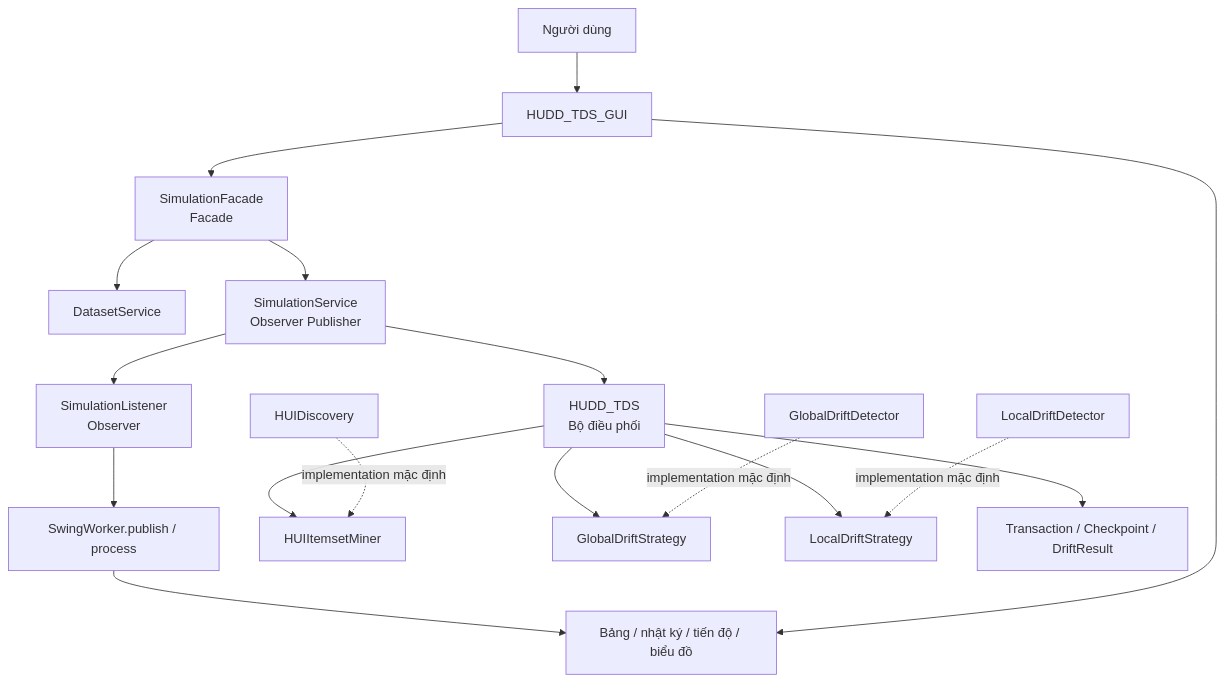
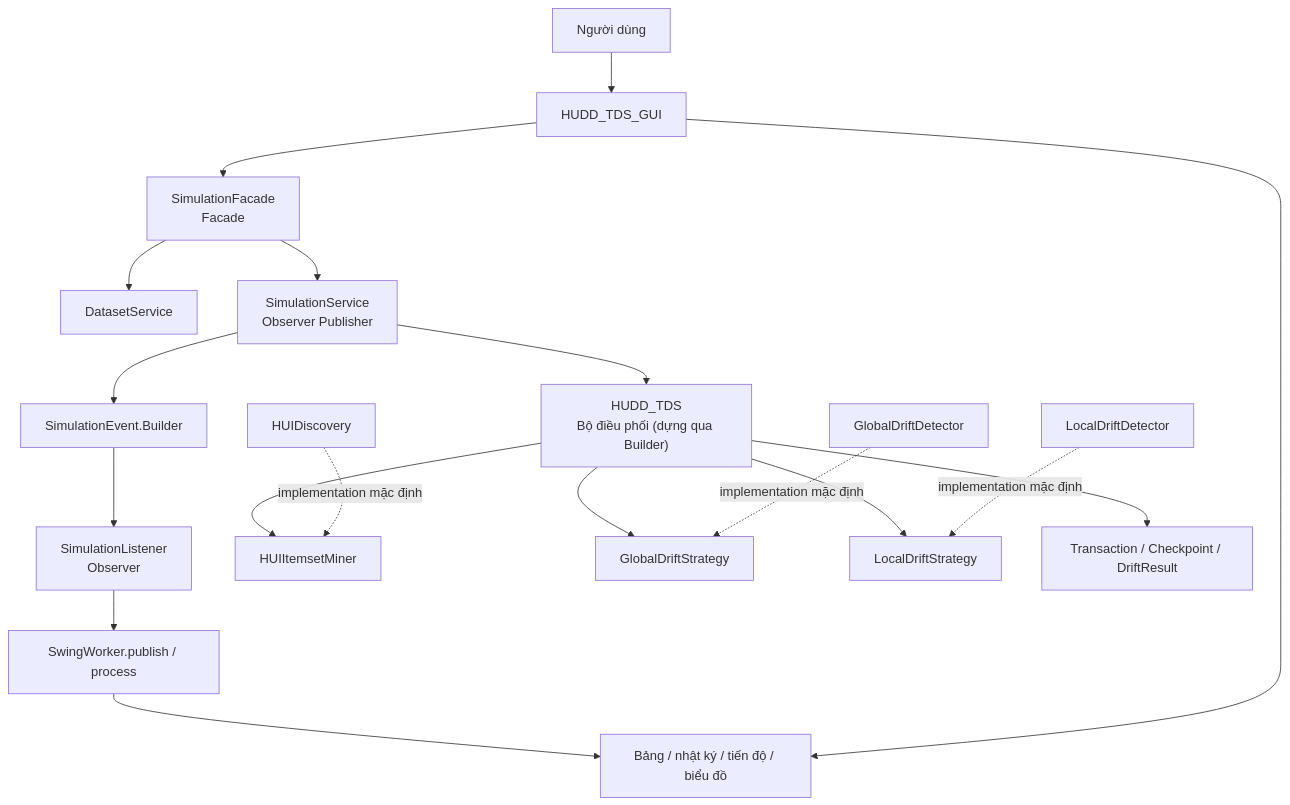
The first of 4 diagrams in docs/design-patterns-presentation.md (Bee-Max-Ne/Lap-Trinh-Java-Nang-Cao), drawn with Mermaid before and after one commit. The commit also changed other lines of this file and 3 other files, not shown here.

````diff
--- a/docs/design-patterns-presentation.md
+++ b/docs/design-patterns-presentation.md
@@ -18,36 +18,38 @@
 ```mermaid
 flowchart TD
     USER["Người dùng"]
     GUI["HUDD_TDS_GUI"]
     FACADE["SimulationFacade<br/>Facade"]
     DATA_SERVICE["DatasetService"]
     SIM_SERVICE["SimulationService<br/>Observer Publisher"]
     LISTENER["SimulationListener<br/>Observer"]
     SWING_WORKER["SwingWorker.publish / process"]
-    ENGINE["HUDD_TDS<br/>Bộ điều phối"]
+    ENGINE["HUDD_TDS<br/>Bộ điều phối (dựng qua Builder)"]
     MINER_CONTRACT["HUIItemsetMiner"]
     GLOBAL_CONTRACT["GlobalDriftStrategy"]
     LOCAL_CONTRACT["LocalDriftStrategy"]
     MINER["HUIDiscovery"]
     GLOBAL["GlobalDriftDetector"]
     LOCAL["LocalDriftDetector"]
     MODEL["Transaction / Checkpoint / DriftResult"]
+    EVENT_BUILDER["SimulationEvent.Builder"]
     VIEW["Bảng / nhật ký / tiến độ / biểu đồ"]
 
     USER --> GUI
     GUI --> FACADE
     FACADE --> DATA_SERVICE
     FACADE --> SIM_SERVICE
     SIM_SERVICE --> ENGINE
     ENGINE --> MINER_CONTRACT
     ENGINE --> GLOBAL_CONTRACT
     ENGINE --> LOCAL_CONTRACT
     MINER -. "implementation mặc định" .-> MINER_CONTRACT
     GLOBAL -. "implementation mặc định" .-> GLOBAL_CONTRACT
     LOCAL -. "implementation mặc định" .-> LOCAL_CONTRACT
     ENGINE --> MODEL
-    SIM_SERVICE --> LISTENER
+    SIM_SERVICE --> EVENT_BUILDER
+    EVENT_BUILDER --> LISTENER
     LISTENER --> SWING_WORKER
     SWING_WORKER --> VIEW
     GUI --> VIEW
 ```
````
